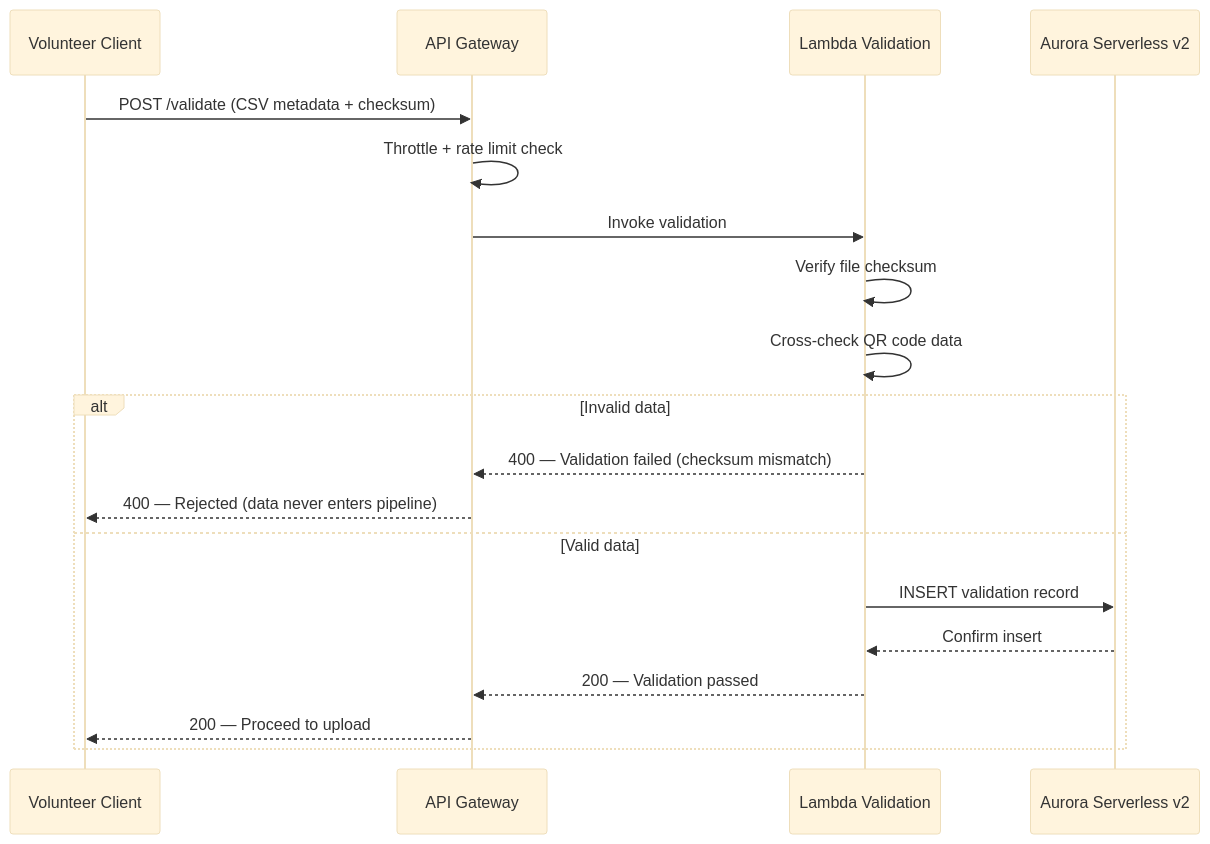
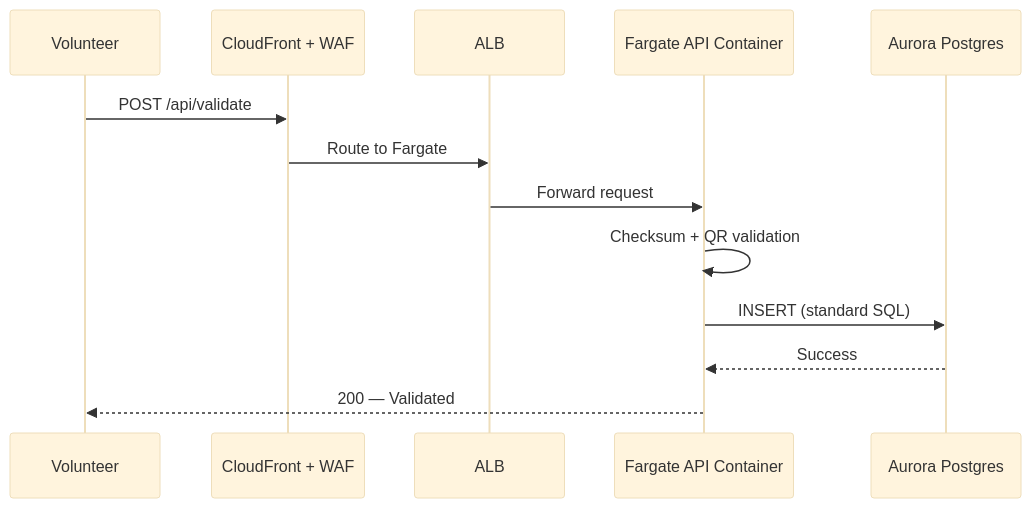
Before and after one commit to daryllmagsombol/ppcrv-poc: the third of 5 diagrams in README.md, drawn with Mermaid (base theme). The commit also changed other lines of this file and 9 other files, not shown here.

Commit message:
added v3 architecture, rearrange files, other optimizations

````diff
--- a/README.md
+++ b/README.md
@@ -410,22 +324,16 @@
 ```mermaid
 sequenceDiagram
-    participant Vol as Volunteer Client
-    participant GW as API Gateway
-    participant Lambda as Lambda Validation
-    participant Aurora as Aurora Serverless v2
+    participant Volunteer as Volunteer
+    participant CF as CloudFront + WAF
+    participant ALB as ALB
+    participant API as Fargate API Container
+    participant Aurora as Aurora Postgres
 
-    Vol->>GW: POST /validate (CSV metadata + checksum)
-    GW->>GW: Throttle + rate limit check
-    GW->>Lambda: Invoke validation
-    Lambda->>Lambda: Verify file checksum
-    Lambda->>Lambda: Cross-check QR code data
-    alt Invalid data
-        Lambda-->>GW: 400 — Validation failed (checksum mismatch)
-        GW-->>Vol: 400 — Rejected (data never enters pipeline)
-    else Valid data
-        Lambda->>Aurora: INSERT validation record
-        Aurora-->>Lambda: Confirm insert
-        Lambda-->>GW: 200 — Validation passed
-        GW-->>Vol: 200 — Proceed to upload
-    end
+    Volunteer->>CF: POST /api/validate
+    CF->>ALB: Route to Fargate
+    ALB->>API: Forward request
+    API->>API: Checksum + QR validation
+    API->>Aurora: INSERT (standard SQL)
+    Aurora-->>API: Success
+    API-->>Volunteer: 200 — Validated
 ```
````
